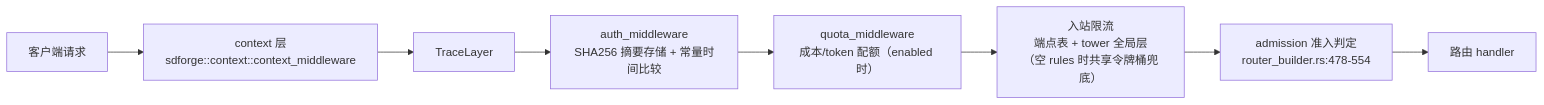
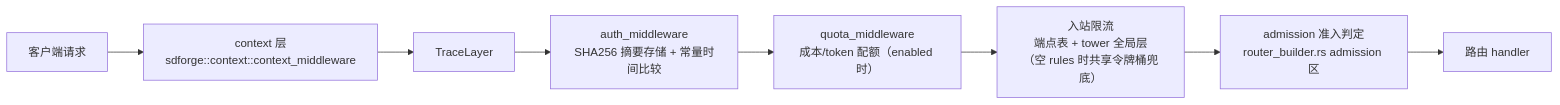
The tenth of 13 diagrams in docs/ARCHITECTURE.md (Kirky-X/fluxgate), drawn with Mermaid before and after one commit. The commit also changed other lines of this file and 2 other files, not shown here.

Commit message:
docs(arch): 架构文档对齐——8 表/V9/Config 30 段/feature 门控全清单/模块地图补 6 顶层项/global_model 双行消解/行号引用全量符号化;补 sse_masking 基准组;删缓存指南模板残留

````diff
--- a/docs/ARCHITECTURE.md
+++ b/docs/ARCHITECTURE.md
@@ -567,10 +584,10 @@
 ```mermaid
 flowchart LR
     A["客户端请求"] --> CTX["context 层<br/>sdforge::context::context_middleware"]
     CTX --> T["TraceLayer"]
     T --> AUTH["auth_middleware<br/>SHA256 摘要存储 + 常量时间比较"]
     AUTH --> Q["quota_middleware<br/>成本/token 配额（enabled 时）"]
     Q --> RL["入站限流<br/>端点表 + tower 全局层<br/>（空 rules 时共享令牌桶兜底）"]
-    RL --> ADM["admission 准入判定<br/>router_builder.rs:478-554"]
+    RL --> ADM["admission 准入判定<br/>router_builder.rs admission 区"]
     ADM --> H["路由 handler"]
 ```
````
